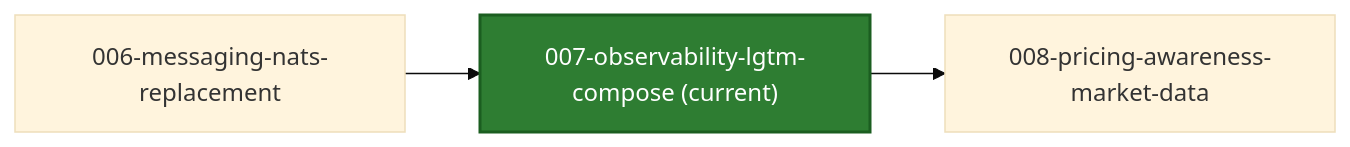
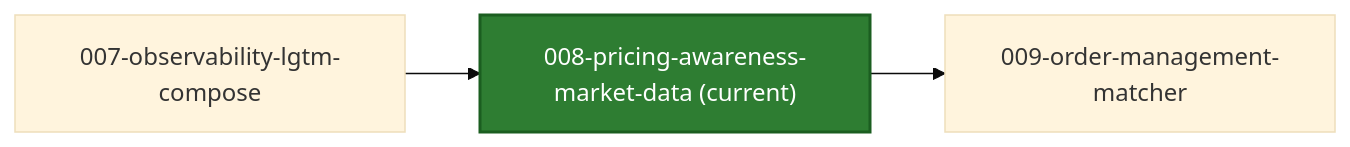
The first of 2 diagrams in README.md (azure-octo/traderX), drawn with Mermaid (base theme) before and after one commit. The commit also changed other lines of this file and 99 other files, not shown here.

First line of the commit message:
snapshot: 008-pricing-awareness-market-data generated from a41e87908ebf8e9d2cd385280eacced32887bb1e

````diff
--- a/README.md
+++ b/README.md
@@ -19,10 +21,10 @@
 ```mermaid
 flowchart LR
-  S_CUR["007-observability-lgtm-compose (current)"]
+  S_CUR["008-pricing-awareness-market-data (current)"]
   style S_CUR fill:#2e7d32,stroke:#1b5e20,color:#ffffff,stroke-width:2px
-  S_PREV_006_messaging_nats_replacement["006-messaging-nats-replacement"] --> S_CUR
-  click S_PREV_006_messaging_nats_replacement href "https://github.com/finos/traderX/tree/code%2Fgenerated-state-006-messaging-nats-replacement" "Open branch"
-  S_CUR --> S_NEXT_008_pricing_awareness_market_data["008-pricing-awareness-market-data"]
-  click S_NEXT_008_pricing_awareness_market_data href "https://github.com/finos/traderX/tree/code%2Fgenerated-state-008-pricing-awareness-market-data" "Open branch"
-  click S_CUR href "https://github.com/finos/traderX/tree/code%2Fgenerated-state-007-observability-lgtm-compose" "Open current branch"
+  S_PREV_007_observability_lgtm_compose["007-observability-lgtm-compose"] --> S_CUR
+  click S_PREV_007_observability_lgtm_compose href "https://github.com/finos/traderX/tree/code%2Fgenerated-state-007-observability-lgtm-compose" "Open branch"
+  S_CUR --> S_NEXT_009_order_management_matcher["009-order-management-matcher"]
+  click S_NEXT_009_order_management_matcher href "https://github.com/finos/traderX/tree/code%2Fgenerated-state-009-order-management-matcher" "Open branch"
+  click S_CUR href "https://github.com/finos/traderX/tree/code%2Fgenerated-state-008-pricing-awareness-market-data" "Open current branch"
 ```
````
